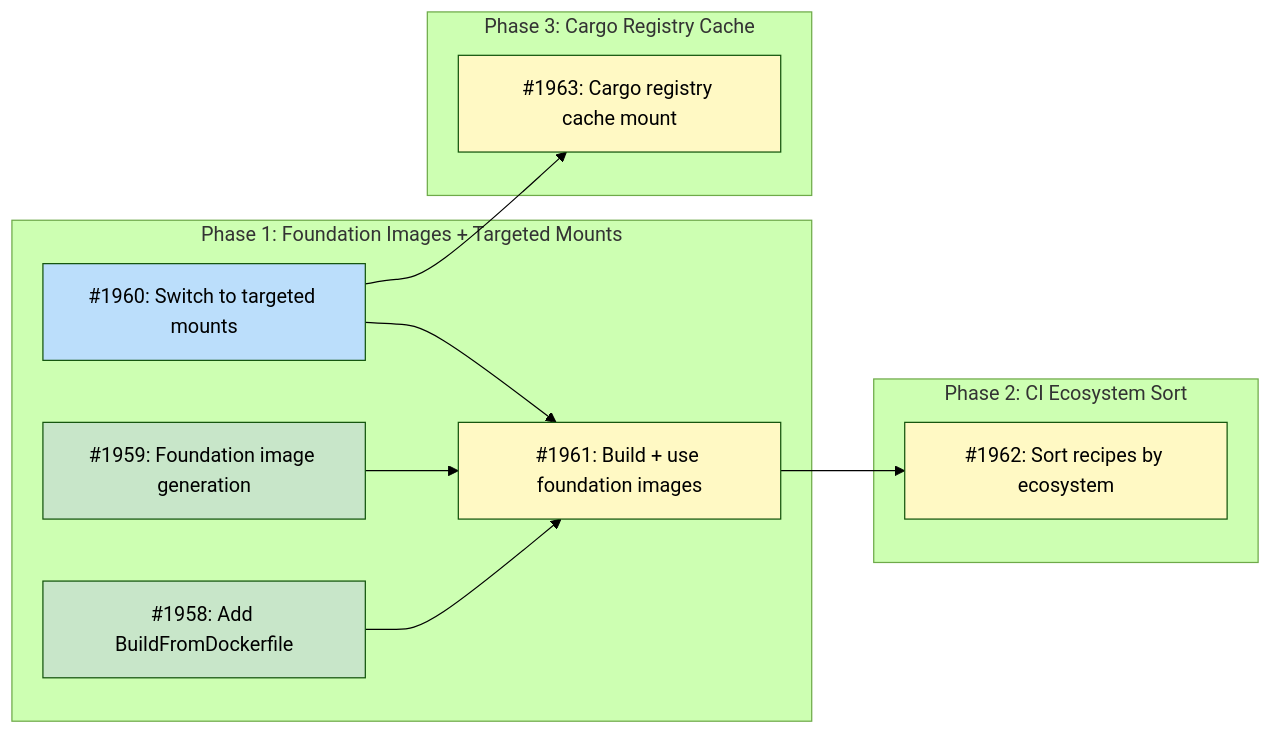
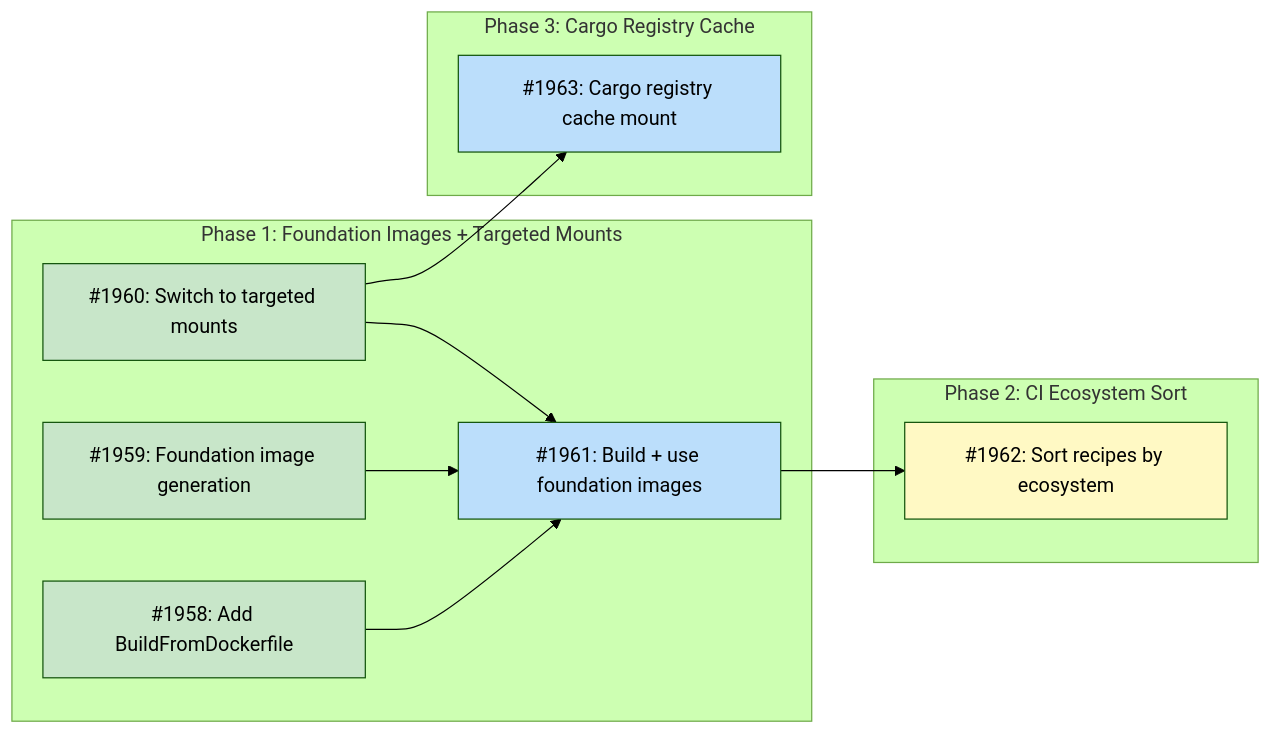
The diagram in docs/designs/DESIGN-sandbox-build-cache.md (tsukumogami/tsuku), drawn with Mermaid (forest theme) before and after one commit. The commit also changed other lines of this file and 2 other files, not shown here.

Commit message:
docs: mark #1960 as done, unblock #1961 and #1963

````diff
--- a/docs/designs/DESIGN-sandbox-build-cache.md
+++ b/docs/designs/DESIGN-sandbox-build-cache.md
@@ -54,33 +54,33 @@
 ```mermaid
 graph LR
     subgraph Phase1["Phase 1: Foundation Images + Targeted Mounts"]
         I1958["#1958: Add BuildFromDockerfile"]
         I1959["#1959: Foundation image generation"]
         I1960["#1960: Switch to targeted mounts"]
         I1961["#1961: Build + use foundation images"]
     end
 
     subgraph Phase2["Phase 2: CI Ecosystem Sort"]
         I1962["#1962: Sort recipes by ecosystem"]
     end
 
     subgraph Phase3["Phase 3: Cargo Registry Cache"]
         I1963["#1963: Cargo registry cache mount"]
     end
 
     I1958 --> I1961
     I1959 --> I1961
     I1960 --> I1961
     I1961 --> I1962
     I1960 --> I1963
 
     classDef done fill:#c8e6c9
     classDef ready fill:#bbdefb
     classDef blocked fill:#fff9c4
     classDef needsDesign fill:#e1bee7
     classDef tracksDesign fill:#FFE0B2,stroke:#F57C00,color:#000
 
-    class I1958,I1959 done
-    class I1960 ready
-    class I1961,I1962,I1963 blocked
+    class I1958,I1959,I1960 done
+    class I1961,I1963 ready
+    class I1962 blocked
 ```
````
